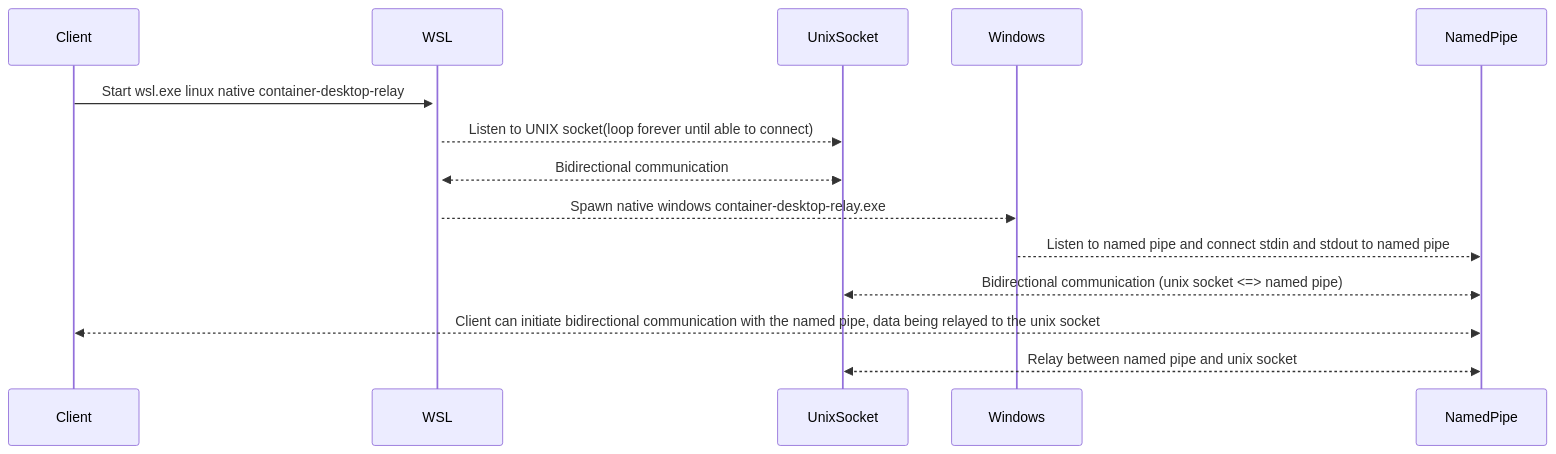
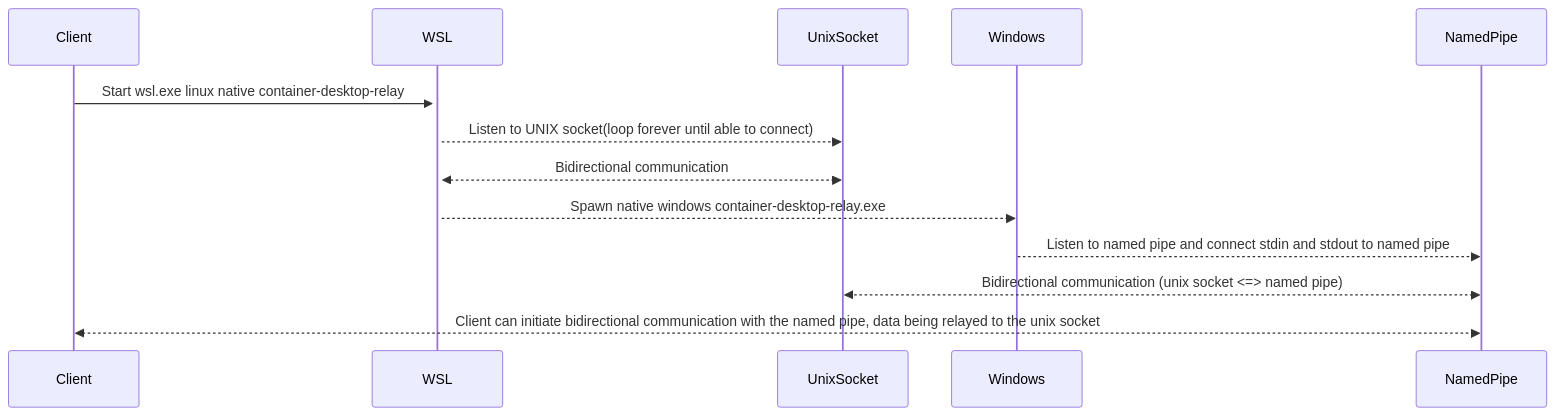
One commit to iongion/container-desktop-wsl-relay changed the diagram in README.md. Above: the diagram before and after it, drawn with Mermaid.

Commit message:
Improve docs

````diff
--- a/README.md
+++ b/README.md
@@ -15,11 +15,10 @@
 ```mermaid
 sequenceDiagram
     Client->>+WSL: Start wsl.exe linux native container-desktop-relay
     WSL-->>UnixSocket: Listen to UNIX socket(loop forever until able to connect)
     UnixSocket<<-->>WSL: Bidirectional communication
     WSL-->>Windows: Spawn native windows container-desktop-relay.exe
     Windows-->>NamedPipe: Listen to named pipe and connect stdin and stdout to named pipe
     NamedPipe<<-->>UnixSocket: Bidirectional communication (unix socket <=> named pipe)
     Client<<-->>NamedPipe: Client can initiate bidirectional communication with the named pipe, data being relayed to the unix socket
-    NamedPipe<<-->>UnixSocket: Relay between named pipe and unix socket
 ```
````
